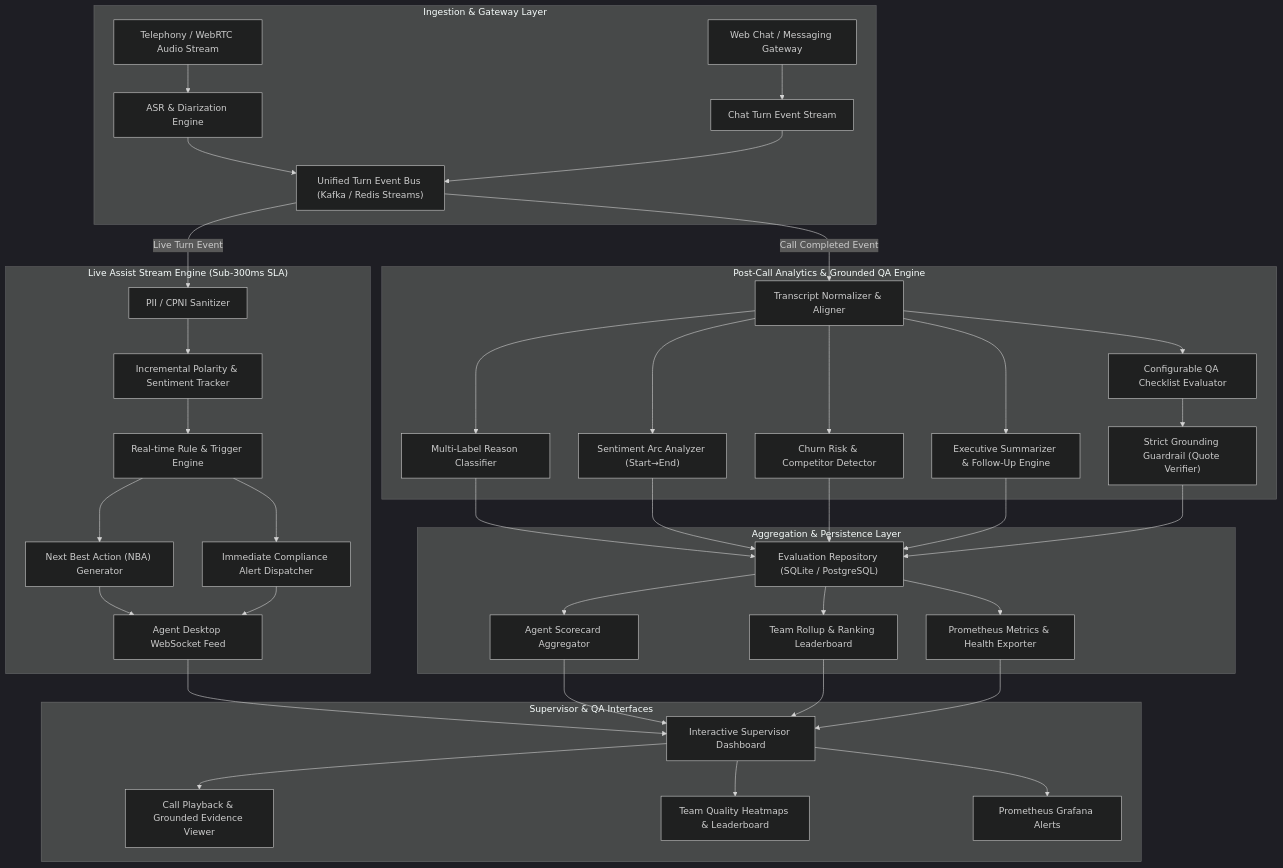
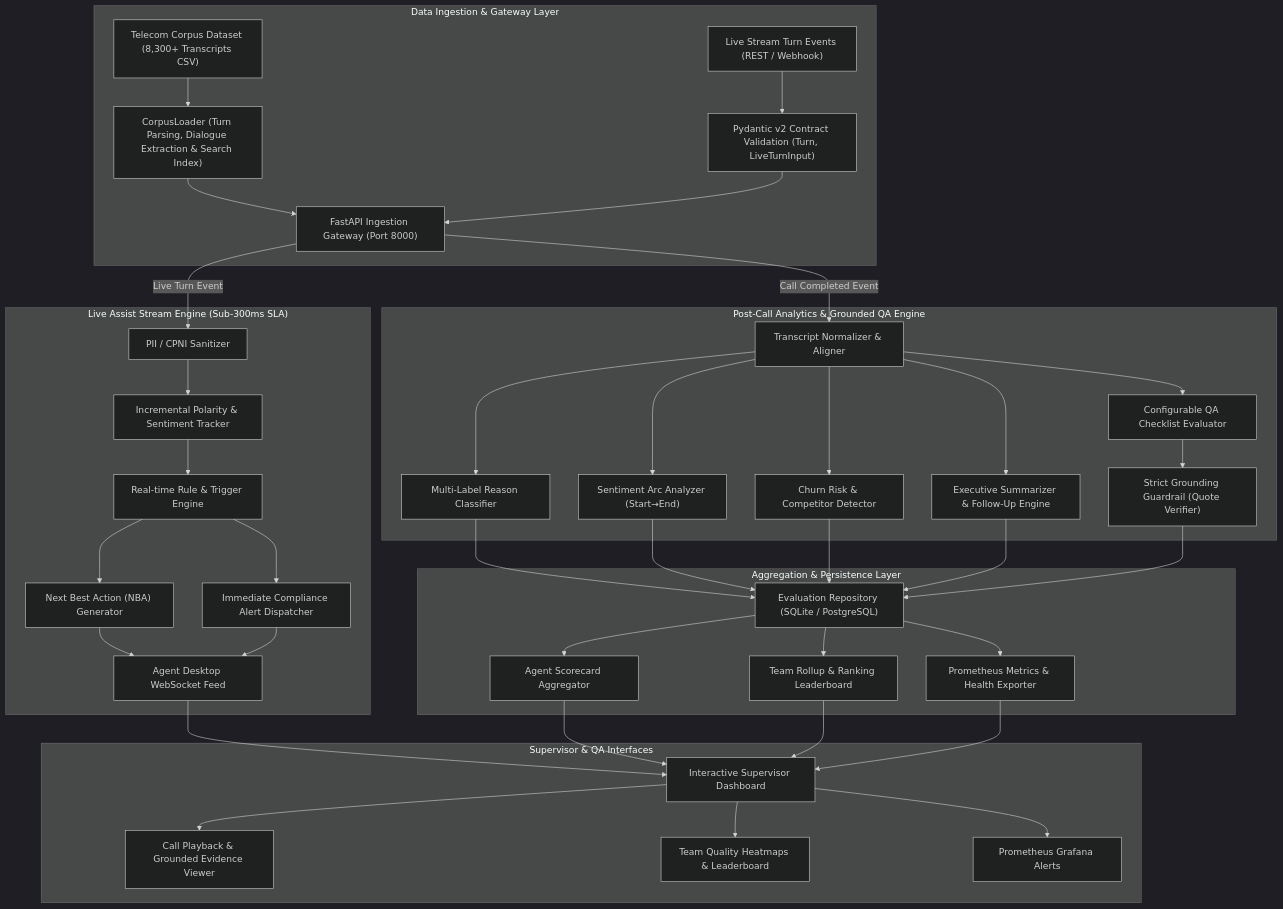
The diagram in docs/ARCHITECTURE.md (Ajay-Varsan/telecom-conversation-intelligence), drawn with Mermaid (dark theme) before and after one commit. The commit also changed other lines of this file and 1 other file, not shown here.

Commit message:
docs(architecture): accurately reflect CSV corpus ingestion and CorpusLoader in architecture diagram

````diff
--- a/docs/ARCHITECTURE.md
+++ b/docs/ARCHITECTURE.md
@@ -10,41 +10,41 @@
 ```mermaid
 flowchart TD
-    subgraph Ingestion ["Ingestion & Gateway Layer"]
-        A1["Telephony / WebRTC Audio Stream"] --> B1["ASR & Diarization Engine"]
-        A2["Web Chat / Messaging Gateway"] --> B2["Chat Turn Event Stream"]
-        B1 & B2 --> C["Unified Turn Event Bus (Kafka / Redis Streams)"]
+    subgraph Ingestion ["Data Ingestion & Gateway Layer"]
+        A1["Telecom Corpus Dataset (8,300+ Transcripts CSV)"] --> B1["CorpusLoader (Turn Parsing, Dialogue Extraction & Search Index)"]
+        A2["Live Stream Turn Events (REST / Webhook)"] --> B2["Pydantic v2 Contract Validation (Turn, LiveTurnInput)"]
+        B1 & B2 --> C["FastAPI Ingestion Gateway (Port 8000)"]
     end
 
     subgraph LiveEngine ["Live Assist Stream Engine (Sub-300ms SLA)"]
         C -->|Live Turn Event| D1["PII / CPNI Sanitizer"]
         D1 --> D2["Incremental Polarity & Sentiment Tracker"]
         D2 --> D3["Real-time Rule & Trigger Engine"]
         D3 --> D4["Next Best Action (NBA) Generator"]
         D3 --> D5["Immediate Compliance Alert Dispatcher"]
         D4 & D5 --> D6["Agent Desktop WebSocket Feed"]
     end
 
     subgraph BatchEngine ["Post-Call Analytics & Grounded QA Engine"]
         C -->|Call Completed Event| E1["Transcript Normalizer & Aligner"]
         E1 --> E2["Multi-Label Reason Classifier"]
         E1 --> E3["Sentiment Arc Analyzer (Start→End)"]
         E1 --> E4["Churn Risk & Competitor Detector"]
         E1 --> E5["Executive Summarizer & Follow-Up Engine"]
         E1 --> E6["Configurable QA Checklist Evaluator"]
         E6 --> E7["Strict Grounding Guardrail (Quote Verifier)"]
     end
 
     subgraph RollupStorage ["Aggregation & Persistence Layer"]
         E2 & E3 & E4 & E5 & E7 --> F1["Evaluation Repository (SQLite / PostgreSQL)"]
         F1 --> F2["Agent Scorecard Aggregator"]
         F1 --> F3["Team Rollup & Ranking Leaderboard"]
         F1 --> F4["Prometheus Metrics & Health Exporter"]
     end
 
     subgraph ClientUI ["Supervisor & QA Interfaces"]
         D6 & F2 & F3 & F4 --> G1["Interactive Supervisor Dashboard"]
         G1 --> G2["Call Playback & Grounded Evidence Viewer"]
         G1 --> G3["Team Quality Heatmaps & Leaderboard"]
         G1 --> G4["Prometheus Grafana Alerts"]
     end
 ```
````
